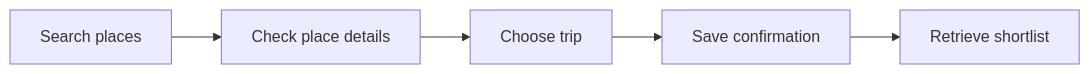
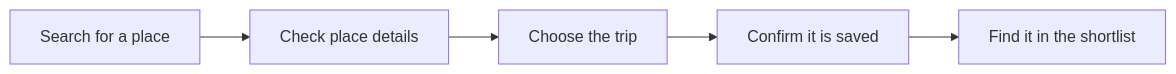
Before and after one commit to hemamtalal/TripMate: the diagram in presentation/01-01/presentation.md, drawn with Mermaid. The commit also changed other lines of this file, not shown here.

````diff
--- a/presentation/01-01/presentation.md
+++ b/presentation/01-01/presentation.md
@@ -31,7 +35,7 @@
 ```mermaid
 flowchart LR
-  A[Search places] --> B[Check place details]
-  B --> C[Choose trip]
-  C --> D[Save confirmation]
-  D --> E[Retrieve shortlist]
+  A[Search for a place] --> B[Check place details]
+  B --> C[Choose the trip]
+  C --> D[Confirm it is saved]
+  D --> E[Find it in the shortlist]
 ```
````
